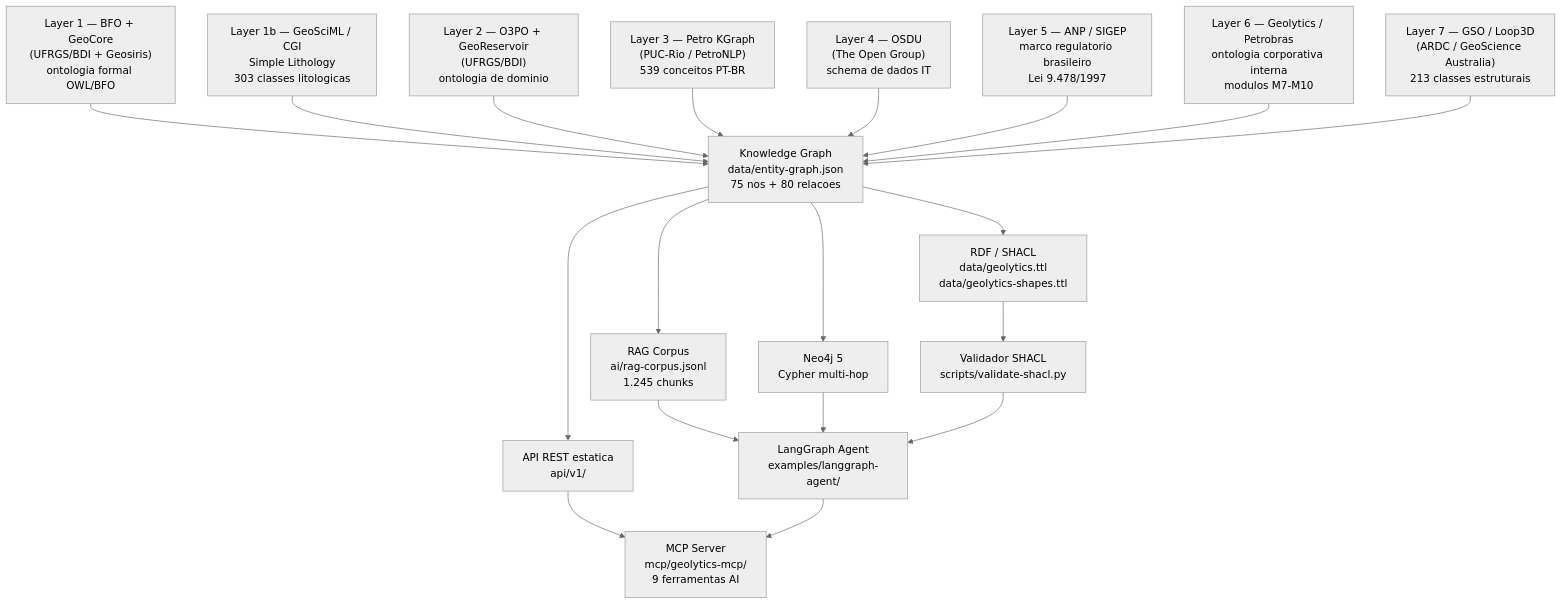
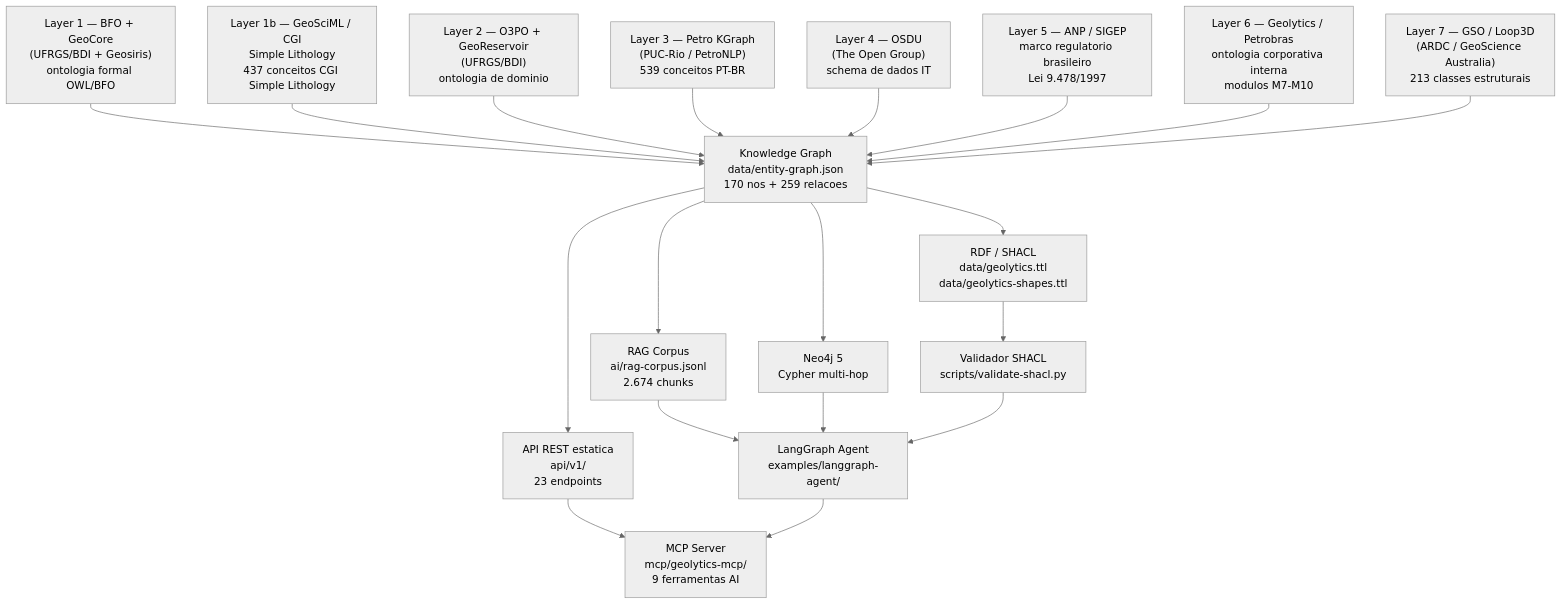
One commit to thiagoflc/geolytics-dictionary changed the first of 4 diagrams in docs/ARCHITECTURE.md. Above: the diagram before and after it, drawn with Mermaid (neutral theme). The commit also changed other lines of this file and 27 other files, not shown here.

````diff
--- a/docs/ARCHITECTURE.md
+++ b/docs/ARCHITECTURE.md
@@ -11,32 +11,32 @@
 ```mermaid
 graph TD
     L1["Layer 1 — BFO + GeoCore<br/>(UFRGS/BDI + Geosiris)<br/>ontologia formal OWL/BFO"]
-    L1B["Layer 1b — GeoSciML / CGI<br/>Simple Lithology<br/>303 classes litologicas"]
+    L1B["Layer 1b — GeoSciML / CGI<br/>Simple Lithology<br/>437 conceitos CGI Simple Lithology"]
     L2["Layer 2 — O3PO + GeoReservoir<br/>(UFRGS/BDI)<br/>ontologia de dominio"]
     L3["Layer 3 — Petro KGraph<br/>(PUC-Rio / PetroNLP)<br/>539 conceitos PT-BR"]
     L4["Layer 4 — OSDU<br/>(The Open Group)<br/>schema de dados IT"]
     L5["Layer 5 — ANP / SIGEP<br/>marco regulatorio brasileiro<br/>Lei 9.478/1997"]
     L6["Layer 6 — Geolytics / Petrobras<br/>ontologia corporativa interna<br/>modulos M7-M10"]
     L7["Layer 7 — GSO / Loop3D<br/>(ARDC / GeoScience Australia)<br/>213 classes estruturais"]
 
-    L1 --> KG["Knowledge Graph<br/>data/entity-graph.json<br/>75 nos + 80 relacoes"]
+    L1 --> KG["Knowledge Graph<br/>data/entity-graph.json<br/>170 nos + 259 relacoes"]
     L1B --> KG
     L2 --> KG
     L3 --> KG
     L4 --> KG
     L5 --> KG
     L6 --> KG
     L7 --> KG
 
-    KG --> API["API REST estatica<br/>api/v1/"]
-    KG --> RAG["RAG Corpus<br/>ai/rag-corpus.jsonl<br/>1.245 chunks"]
+    KG --> API["API REST estatica<br/>api/v1/<br/>23 endpoints"]
+    KG --> RAG["RAG Corpus<br/>ai/rag-corpus.jsonl<br/>2.674 chunks"]
     KG --> NEO["Neo4j 5<br/>Cypher multi-hop"]
     KG --> TTL["RDF / SHACL<br/>data/geolytics.ttl<br/>data/geolytics-shapes.ttl"]
 
     API --> MCP["MCP Server<br/>mcp/geolytics-mcp/<br/>9 ferramentas AI"]
     RAG --> AGENT["LangGraph Agent<br/>examples/langgraph-agent/"]
     NEO --> AGENT
     TTL --> SHACL["Validador SHACL<br/>scripts/validate-shacl.py"]
     SHACL --> AGENT
     AGENT --> MCP
 ```
````
